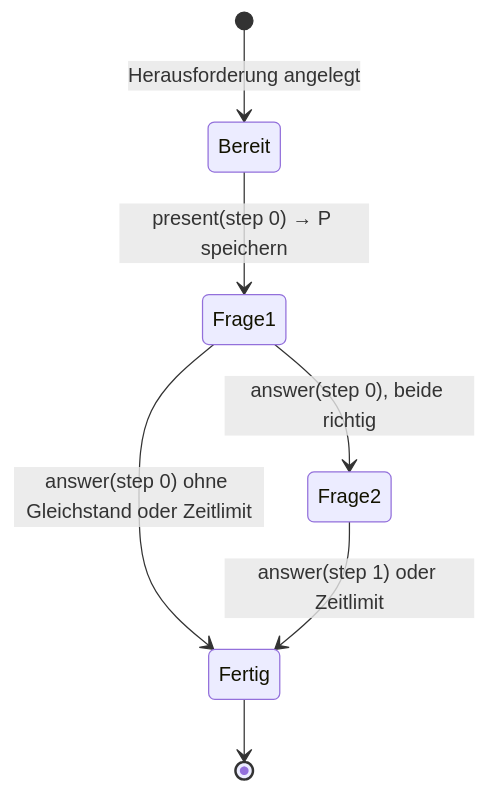
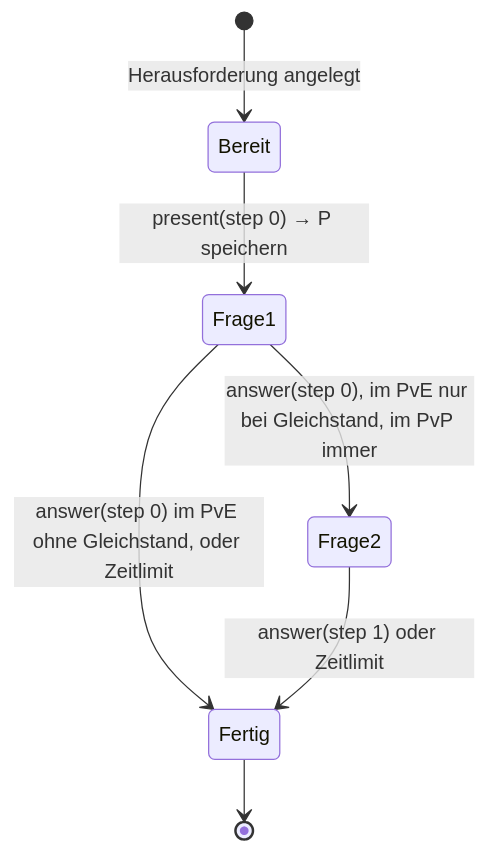
The first of 2 diagrams in docs/QUIZ_ENGINE.md (cibakhun/trivia-game), drawn with Mermaid before and after one commit. The commit also changed other lines of this file and 8 other files, not shown here.

````diff
--- a/docs/QUIZ_ENGINE.md
+++ b/docs/QUIZ_ENGINE.md
@@ -128,9 +128,9 @@
 ```mermaid
 stateDiagram-v2
   [*] --> Bereit: Herausforderung angelegt
   Bereit --> Frage1: present(step 0) → P speichern
-  Frage1 --> Frage2: answer(step 0), beide richtig
-  Frage1 --> Fertig: answer(step 0) ohne Gleichstand oder Zeitlimit
+  Frage1 --> Frage2: answer(step 0), im PvE nur bei Gleichstand, im PvP immer
+  Frage1 --> Fertig: answer(step 0) im PvE ohne Gleichstand, oder Zeitlimit
   Frage2 --> Fertig: answer(step 1) oder Zeitlimit
   Fertig --> [*]
 ```
````
